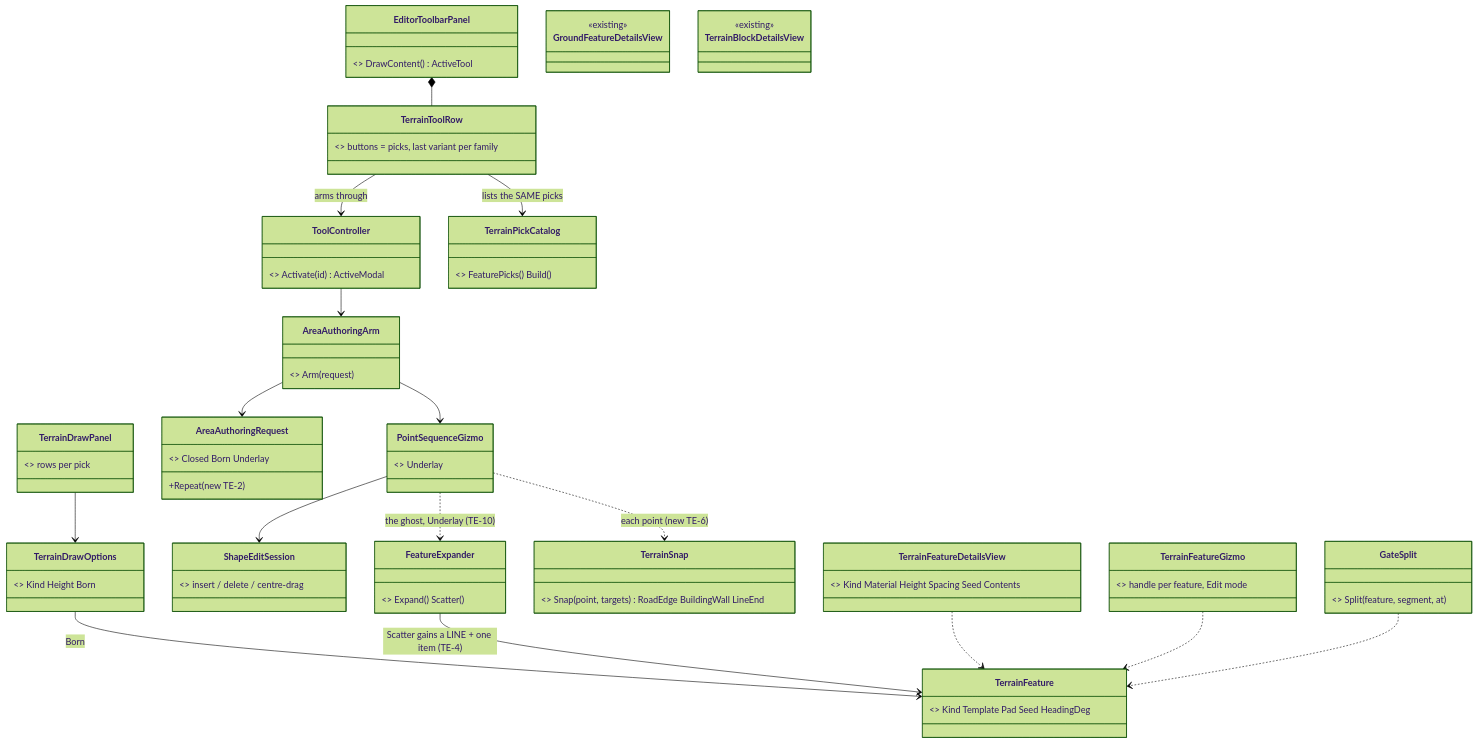
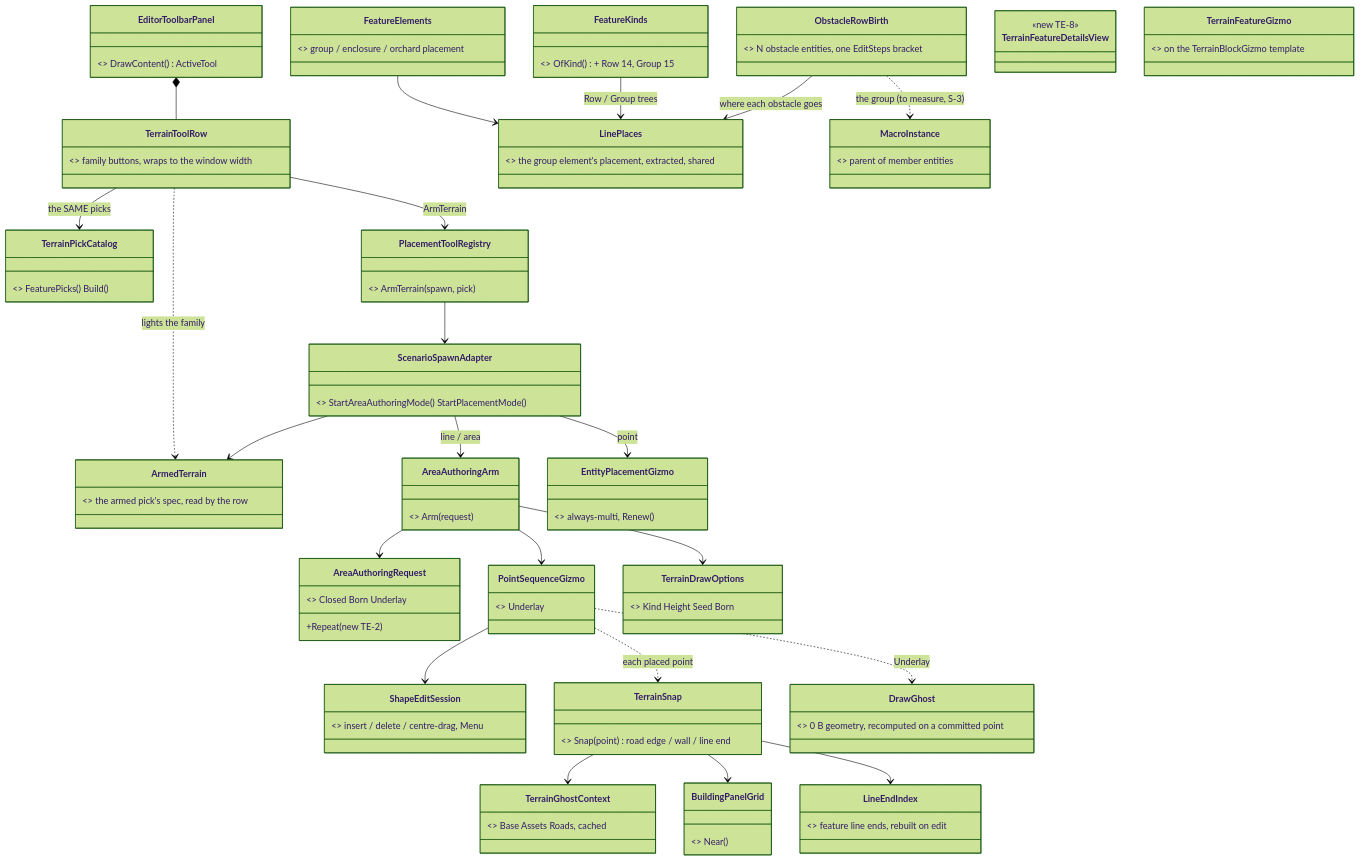
One commit to pjanec/HROT changed the first of 3 diagrams in docs/DESIGN_Terrain_Editor_UX.md. Above: the diagram before and after it, drawn with Mermaid (forest theme). The commit also changed other lines of this file and 4 other files, not shown here.

First line of the commit message:
docs(terrain): CE-4594 revised to the review — R-5032 (terrain tools in the Editor Toolbar window), R-4264 folded; §3/§5/§6/§7 + mockup redrawn, first version to HISTORY

````diff
--- a/docs/DESIGN_Terrain_Editor_UX.md
+++ b/docs/DESIGN_Terrain_Editor_UX.md
@@ -64,39 +68,50 @@
 ```mermaid
 classDiagram
   class EditorToolbarPanel { <<existing>> DrawContent() ActiveTool }
-  class ToolController { <<existing>> Activate(id) ActiveModal }
+  class TerrainToolRow { <<new TE-1>> family buttons, wraps to the window width }
   class TerrainPickCatalog { <<existing>> FeaturePicks() Build() }
-  class TerrainDrawOptions { <<existing>> Kind Height Born }
-  class TerrainDrawPanel { <<existing>> rows per pick }
+  class PlacementToolRegistry { <<existing>> ArmTerrain(spawn, pick) }
+  class ScenarioSpawnAdapter { <<existing>> StartAreaAuthoringMode() StartPlacementMode() }
+  class ArmedTerrain { <<new TE-1>> the armed pick's spec, read by the row }
   class AreaAuthoringArm { <<existing>> Arm(request) }
   class AreaAuthoringRequest { <<existing>> Closed Born Underlay }
+  class EntityPlacementGizmo { <<existing>> always-multi, Renew() }
   class PointSequenceGizmo { <<existing>> Underlay }
-  class ShapeEditSession { <<existing>> insert / delete / centre-drag }
-  class FeatureExpander { <<existing>> Expand() Scatter() }
-  class TerrainFeature { <<existing>> Kind Template Pad Seed HeadingDeg }
-  class GroundFeatureDetailsView { <<existing>> }
-  class TerrainBlockDetailsView { <<existing>> }
-
-  class TerrainToolRow { <<new TE-1>> buttons = picks, last variant per family }
-  class TerrainSnap { <<new TE-6>> Snap(point, targets) RoadEdge BuildingWall LineEnd }
-  class TerrainFeatureDetailsView { <<new TE-8>> Kind Material Height Spacing Seed Contents }
-  class TerrainFeatureGizmo { <<new TE-9>> handle per feature, Edit mode }
-  class GateSplit { <<new TE-7>> Split(feature, segment, at) }
+  class ShapeEditSession { <<existing>> insert / delete / centre-drag, Menu }
+  class TerrainDrawOptions { <<existing>> Kind Height Seed Born }
+  class TerrainGhostContext { <<existing>> Base Assets Roads, cached }
+  class BuildingPanelGrid { <<existing>> Near() }
+  class TerrainSnap { <<new TE-6>> Snap(point) road edge / wall / line end }
+  class LineEndIndex { <<new TE-6>> feature line ends, rebuilt on edit }
+  class FeatureElements { <<existing>> group / enclosure / orchard placement }
+  class LinePlaces { <<new TE-4/5>> the group element's placement, extracted, shared }
+  class FeatureKinds { <<existing>> OfKind() + Row 14, Group 15 }
+  class ObstacleRowBirth { <<new TE-5>> N obstacle entities, one EditSteps bracket }
+  class MacroInstance { <<existing>> parent of member entities }
+  class TerrainFeatureDetailsView { <<new TE-8>> }
+  class TerrainFeatureGizmo { <<new TE-9>> on the TerrainBlockGizmo template }
+  class DrawGhost { <<new TE-10>> 0 B geometry, recomputed on a committed point }
 
   EditorToolbarPanel *-- TerrainToolRow
-  TerrainToolRow --> TerrainPickCatalog : lists the SAME picks
-  TerrainToolRow --> ToolController : arms through
-  ToolController --> AreaAuthoringArm
+  TerrainToolRow --> TerrainPickCatalog : the SAME picks
+  TerrainToolRow --> PlacementToolRegistry : ArmTerrain
+  TerrainToolRow ..> ArmedTerrain : lights the family
+  PlacementToolRegistry --> ScenarioSpawnAdapter
+  ScenarioSpawnAdapter --> AreaAuthoringArm : line / area
+  ScenarioSpawnAdapter --> EntityPlacementGizmo : point
+  ScenarioSpawnAdapter --> ArmedTerrain
   AreaAuthoringArm --> AreaAuthoringRequest
   AreaAuthoringRequest : +Repeat (new TE-2)
   AreaAuthoringArm --> PointSequenceGizmo
   PointSequenceGizmo --> ShapeEditSession
-  PointSequenceGizmo ..> TerrainSnap : each point (new TE-6)
-  PointSequenceGizmo ..> FeatureExpander : the ghost, Underlay (TE-10)
-  TerrainDrawPanel --> TerrainDrawOptions
-  TerrainDrawOptions --> TerrainFeature : Born
-  FeatureExpander --> TerrainFeature : Scatter gains a LINE + one item (TE-4)
-  TerrainFeatureDetailsView ..> TerrainFeature
-  TerrainFeatureGizmo ..> TerrainFeature
-  GateSplit ..> TerrainFeature
+  PointSequenceGizmo ..> TerrainSnap : each placed point
+  PointSequenceGizmo ..> DrawGhost : Underlay
+  TerrainSnap --> TerrainGhostContext
+  TerrainSnap --> BuildingPanelGrid
+  TerrainSnap --> LineEndIndex
+  FeatureElements --> LinePlaces
+  FeatureKinds --> LinePlaces : Row / Group trees
+  ObstacleRowBirth --> LinePlaces : where each obstacle goes
+  ObstacleRowBirth ..> MacroInstance : the group (to measure, S-3)
+  AreaAuthoringArm --> TerrainDrawOptions
 ```
````
